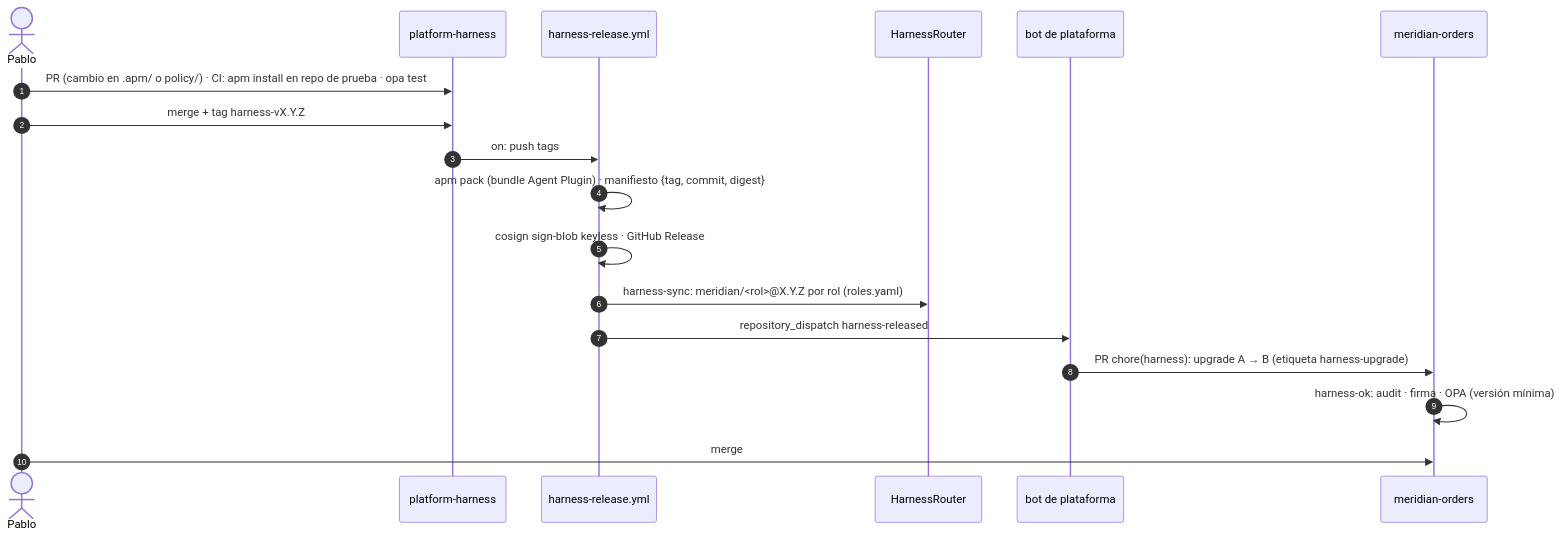
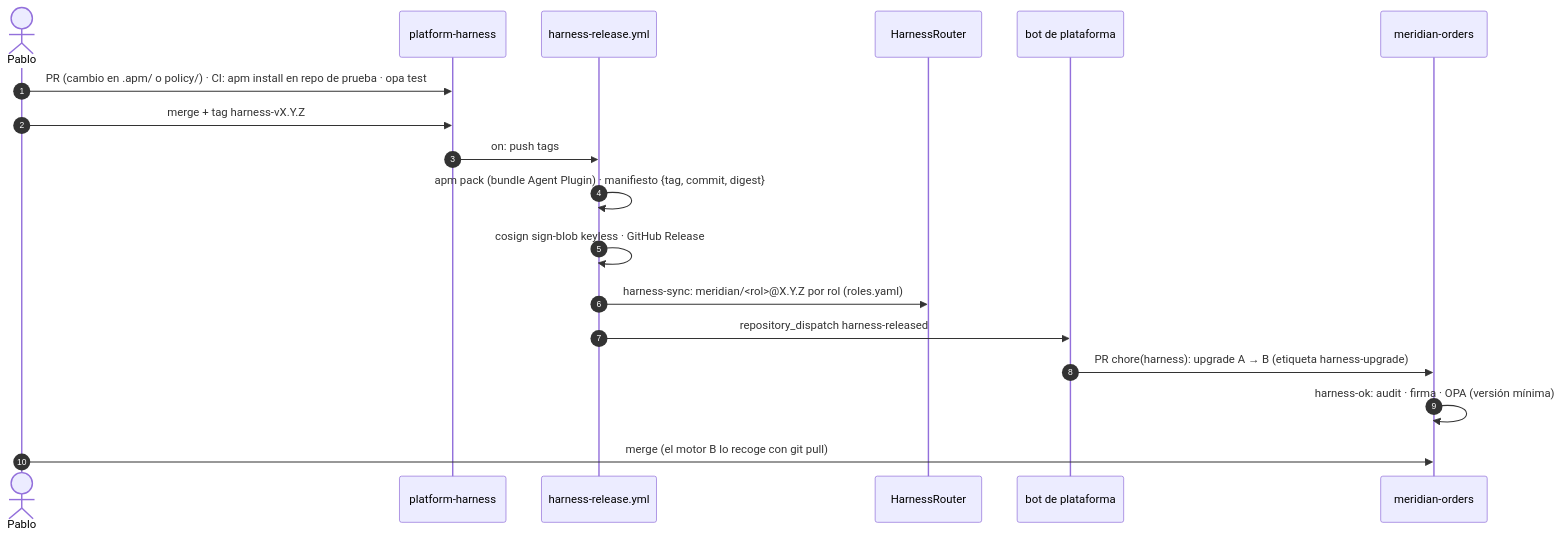
Before and after one commit to elpalmeral-org/agentic-platform-lab: the second of 2 diagrams in docs/lab/harness.md, drawn with Mermaid. The commit also changed other lines of this file and 9 other files, not shown here.

````diff
--- a/docs/lab/harness.md
+++ b/docs/lab/harness.md
@@ -59,20 +71,20 @@
 ```mermaid
 sequenceDiagram
     autonumber
     actor P as Pablo
     participant H as platform-harness
     participant R as harness-release.yml
     participant U as HarnessRouter
     participant B as bot de plataforma
     participant A as meridian-orders
     P->>H: PR (cambio en .apm/ o policy/) · CI: apm install en repo de prueba · opa test
     P->>H: merge + tag harness-vX.Y.Z
     H->>R: on: push tags
     R->>R: apm pack (bundle Agent Plugin) · manifiesto {tag, commit, digest}
     R->>R: cosign sign-blob keyless · GitHub Release
     R->>U: harness-sync: meridian/<rol>@X.Y.Z por rol (roles.yaml)
     R->>B: repository_dispatch harness-released
     B->>A: PR chore(harness): upgrade A → B (etiqueta harness-upgrade)
     A->>A: harness-ok: audit · firma · OPA (versión mínima)
-    P->>A: merge
+    P->>A: merge (el motor B lo recoge con git pull)
 ```
````
